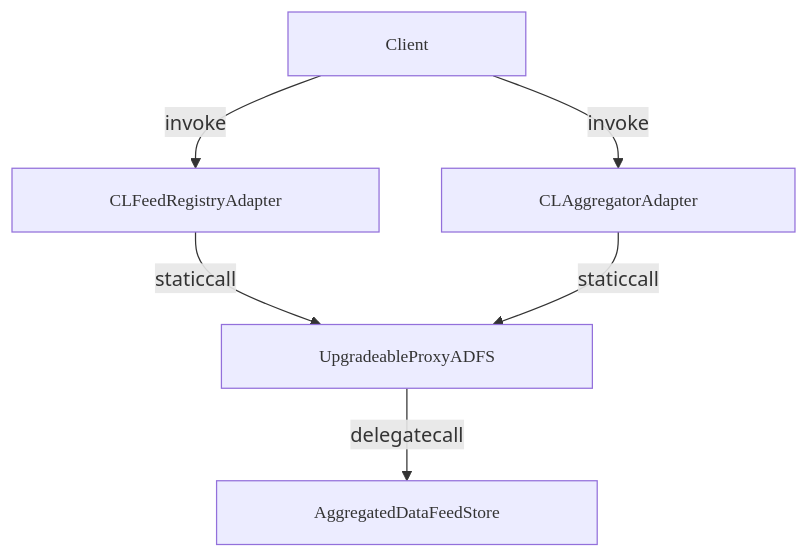
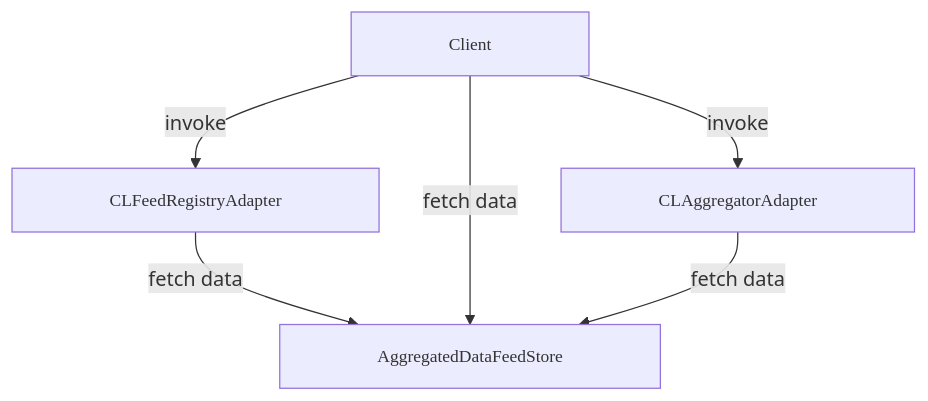
The diagram in apps/docs.blocksense.network/app/docs/contracts/overview/page.mdx (blocksense-network/blocksense), drawn with Mermaid before and after one commit. The commit also changed other lines of this file, not shown here.

Commit message:
refactor(docs.ws): Rewrite contracts overview to omit implementation info

````diff
--- a/apps/docs.blocksense.network/app/docs/contracts/overview/page.mdx
+++ b/apps/docs.blocksense.network/app/docs/contracts/overview/page.mdx
@@ -23,29 +23,26 @@
 ```mermaid
 ---
 config:
     rightAngles: true
 ---
 graph TD
     classDef clientNode display:block, padding:0rem 3rem, font-size: 0.875rem, font-family:'Fira Code', monospace;
     classDef feedNode,proxyNode,dataNode display:block, padding:0rem 3rem, font-size: 0.875rem, font-family:'Fira Code', monospace;
-    classDef feedNode:hover,proxyNode:hover,dataNode:hover fill:#fafafa,color:#0000EE,stroke:#e4e4e7,stroke-width:1px,shadow:2px 2px 5px #888888, display:block, padding:0rem 3rem, font-size: 0.875rem, font-family:'Fira Code', monospace, text-decoration: underline, text-underline-offset: 4px;
+    classDef feedNode:hover,proxyNode:hover,dataNode:hover fill:#fafafa,color:#0000EE,stroke:#e4e4e7,stroke-width:1px,shadow: 5px #888888, display:block, padding:0rem 3rem, font-size: 0.875rem, font-family:'Fira Code', monospace, text-decoration: underline, text-underline-offset: 4px;
 
     A[Client] -->|invoke| E
     A -->|invoke| B
-    B[CLFeedRegistryAdapter] -->|staticcall| C[UpgradeableProxyADFS]
-    C -->|delegatecall| D[AggregatedDataFeedStore]
-    E[CLAggregatorAdapter] -->|staticcall| C
+    B[CLFeedRegistryAdapter] -->|fetch data| C[AggregatedDataFeedStore]
+    A -->|fetch data| C
+    E[CLAggregatorAdapter] -->|fetch data| C
 
     click B "/docs/contracts/reference-documentation/contract/CLFeedRegistryAdapter" "Go to CLFeedRegistryAdapter"
     click E "/docs/contracts/reference-documentation/contract/CLAggregatorAdapter" "Go to CLAggregatorAdapter"
-    click C "/docs/contracts/reference-documentation/contract/UpgradeableProxyADFS" "Go to UpgradeableProxyADFS"
-    click D "/docs/contracts/reference-documentation/contract/AggregatedDataFeedStore" "Go to AggregatedDataFeedStore"
+    click C "/docs/contracts/reference-documentation/contract/AggregatedDataFeedStore" "Go to AggregatedDataFeedStore"
 
     class A clientNode
     class B,E feedNode
     class C proxyNode
     class D dataNode
     class A,B,E invokeEdge
-    class B,C,E staticcallEdge
-    class C,D delegatecallEdge
 ```
````
